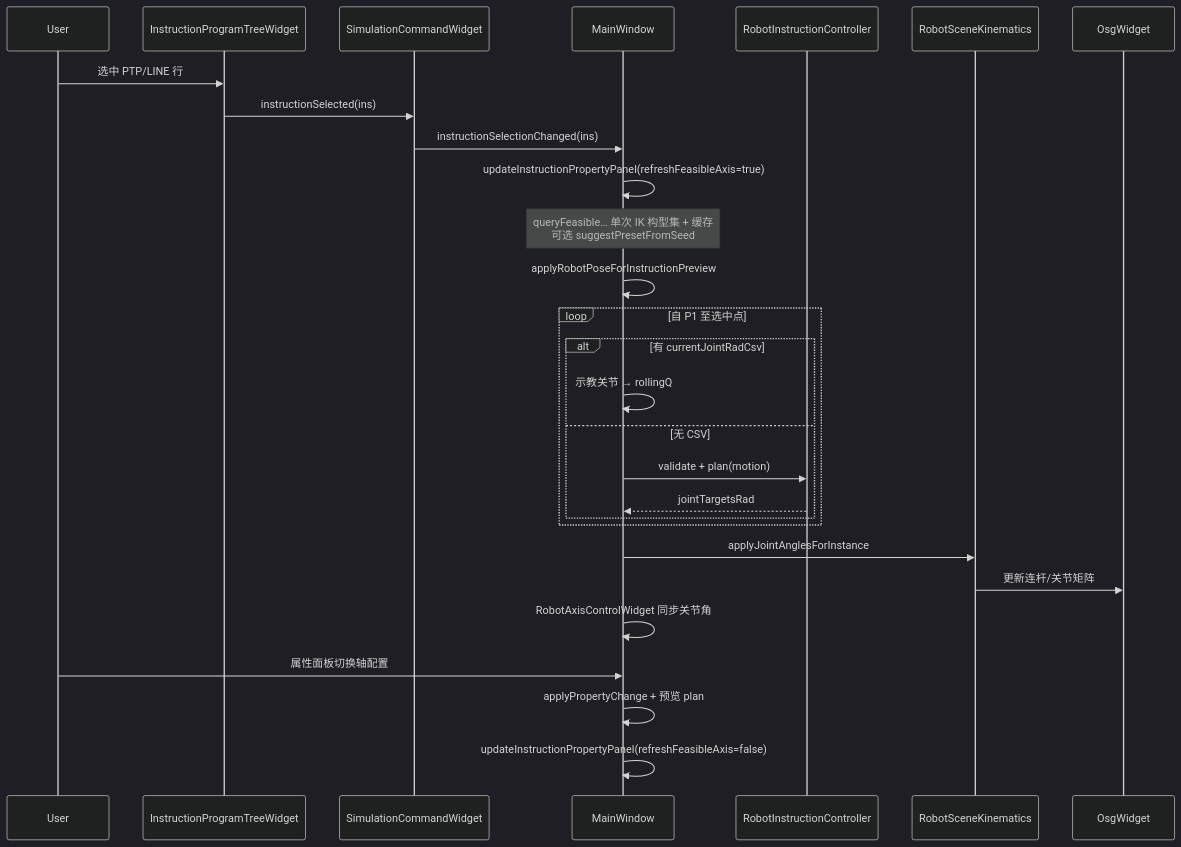
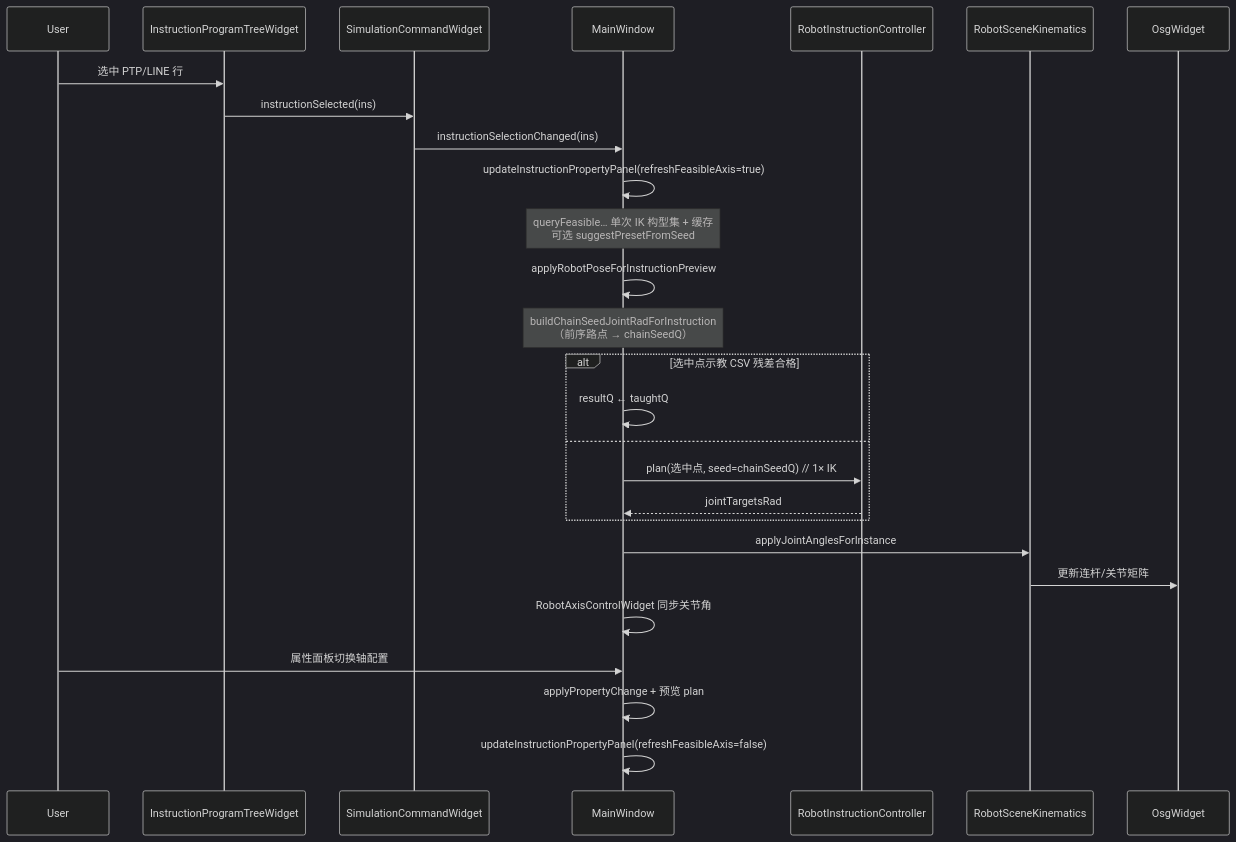
The ninth of 12 diagrams in ARCHITECTURE_SUMMARY.md (sanmunejdn/CloudSim), drawn with Mermaid (dark theme) before and after one commit. The commit also changed other lines of this file and 55 other files, not shown here.

````diff
--- a/ARCHITECTURE_SUMMARY.md
+++ b/ARCHITECTURE_SUMMARY.md
@@ -770,32 +773,31 @@
 ```mermaid
 sequenceDiagram
     participant User as User
     participant Tree as InstructionProgramTreeWidget
     participant Sim as SimulationCommandWidget
     participant MW as MainWindow
     participant Ctrl as RobotInstructionController
     participant Kin as RobotSceneKinematics
     participant Osg as OsgWidget
 
     User->>Tree: 选中 PTP/LINE 行
     Tree->>Sim: instructionSelected(ins)
     Sim->>MW: instructionSelectionChanged(ins)
     MW->>MW: updateInstructionPropertyPanel(refreshFeasibleAxis=true)
     Note over MW: queryFeasible… 单次 IK 构型集 + 缓存<br/>可选 suggestPresetFromSeed
     MW->>MW: applyRobotPoseForInstructionPreview
-    loop 自 P1 至选中点
-        alt 有 currentJointRadCsv
-            MW->>MW: 示教关节 → rollingQ
-        else 无 CSV
-            MW->>Ctrl: validate + plan(motion)
-            Ctrl-->>MW: jointTargetsRad
-        end
+    Note over MW: buildChainSeedJointRadForInstruction<br/>（前序路点 → chainSeedQ）
+    alt 选中点示教 CSV 残差合格
+        MW->>MW: resultQ ← taughtQ
+    else
+        MW->>Ctrl: plan(选中点, seed=chainSeedQ)  // 1× IK
+        Ctrl-->>MW: jointTargetsRad
     end
     MW->>Kin: applyJointAnglesForInstance
     Kin->>Osg: 更新连杆/关节矩阵
     MW->>MW: RobotAxisControlWidget 同步关节角
 
     User->>MW: 属性面板切换轴配置
     MW->>MW: applyPropertyChange + 预览 plan
     MW->>MW: updateInstructionPropertyPanel(refreshFeasibleAxis=false)
 ```
````
